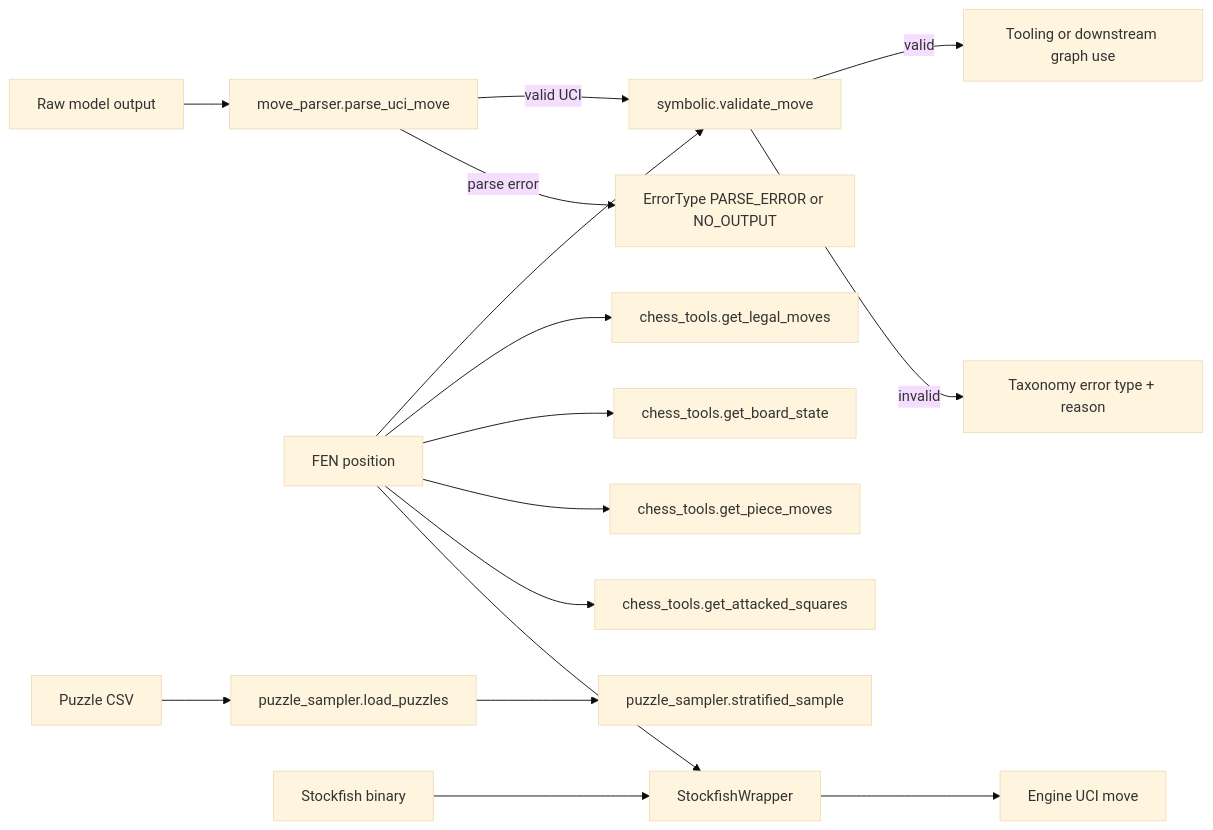
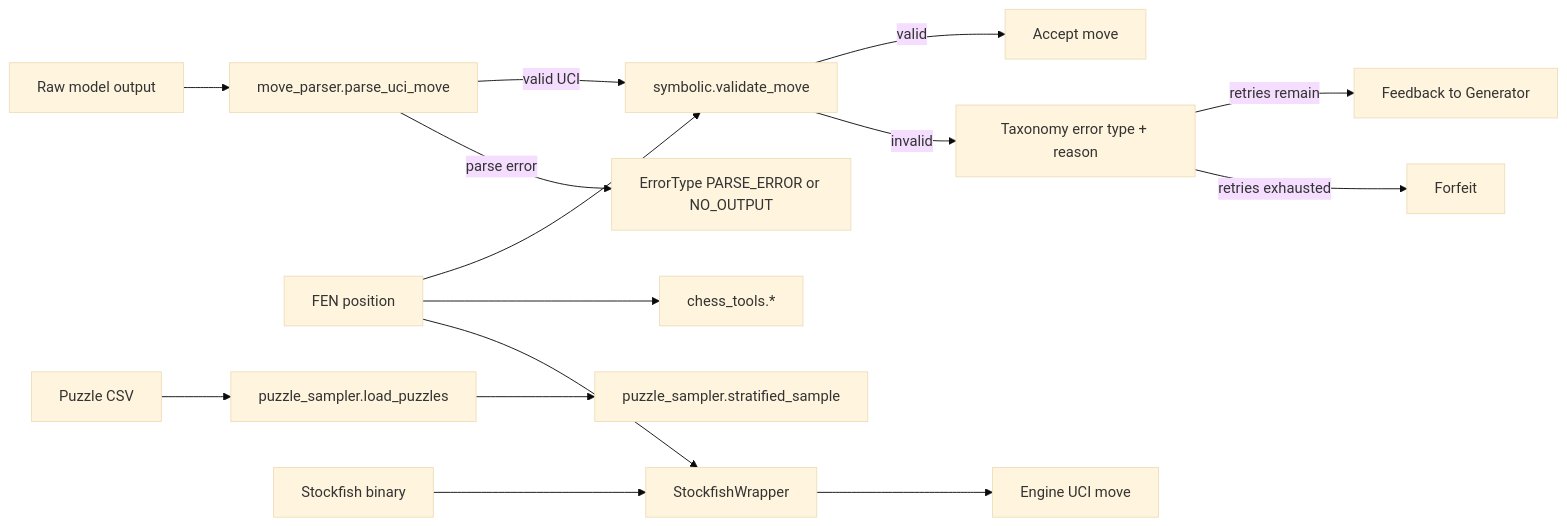
The second of 2 diagrams in docs/architecture/system-overview.md (Abdel-RahmanIII/Maat), drawn with Mermaid (base theme) before and after one commit. The commit also changed other lines of this file and 79 other files, not shown here.

First line of the commit message:
Add condition graphs, agents, LLM client & docs (Phase 2)

````diff
--- a/docs/architecture/system-overview.md
+++ b/docs/architecture/system-overview.md
@@ -14,21 +57,20 @@
 ```mermaid
 flowchart LR
   A[Raw model output] --> B[move_parser.parse_uci_move]
   B -->|valid UCI| C[symbolic.validate_move]
   B -->|parse error| D[ErrorType PARSE_ERROR or NO_OUTPUT]
-  C -->|valid| E[Tooling or downstream graph use]
+  C -->|valid| E[Accept move]
   C -->|invalid| F[Taxonomy error type + reason]
+  F -->|retries remain| G[Feedback to Generator]
+  F -->|retries exhausted| H[Forfeit]
 
-  G[FEN position] --> C
-  G --> H[chess_tools.get_legal_moves]
-  G --> I[chess_tools.get_board_state]
-  G --> J[chess_tools.get_piece_moves]
-  G --> K[chess_tools.get_attacked_squares]
+  I[FEN position] --> C
+  I --> J[chess_tools.*]
 
-  L[Puzzle CSV] --> M[puzzle_sampler.load_puzzles]
-  M --> N[puzzle_sampler.stratified_sample]
+  K[Puzzle CSV] --> L[puzzle_sampler.load_puzzles]
+  L --> M[puzzle_sampler.stratified_sample]
 
-  O[Stockfish binary] --> P[StockfishWrapper]
-  G --> P
-  P --> Q[Engine UCI move]
+  N[Stockfish binary] --> O[StockfishWrapper]
+  I --> O
+  O --> P[Engine UCI move]
 ```
````
